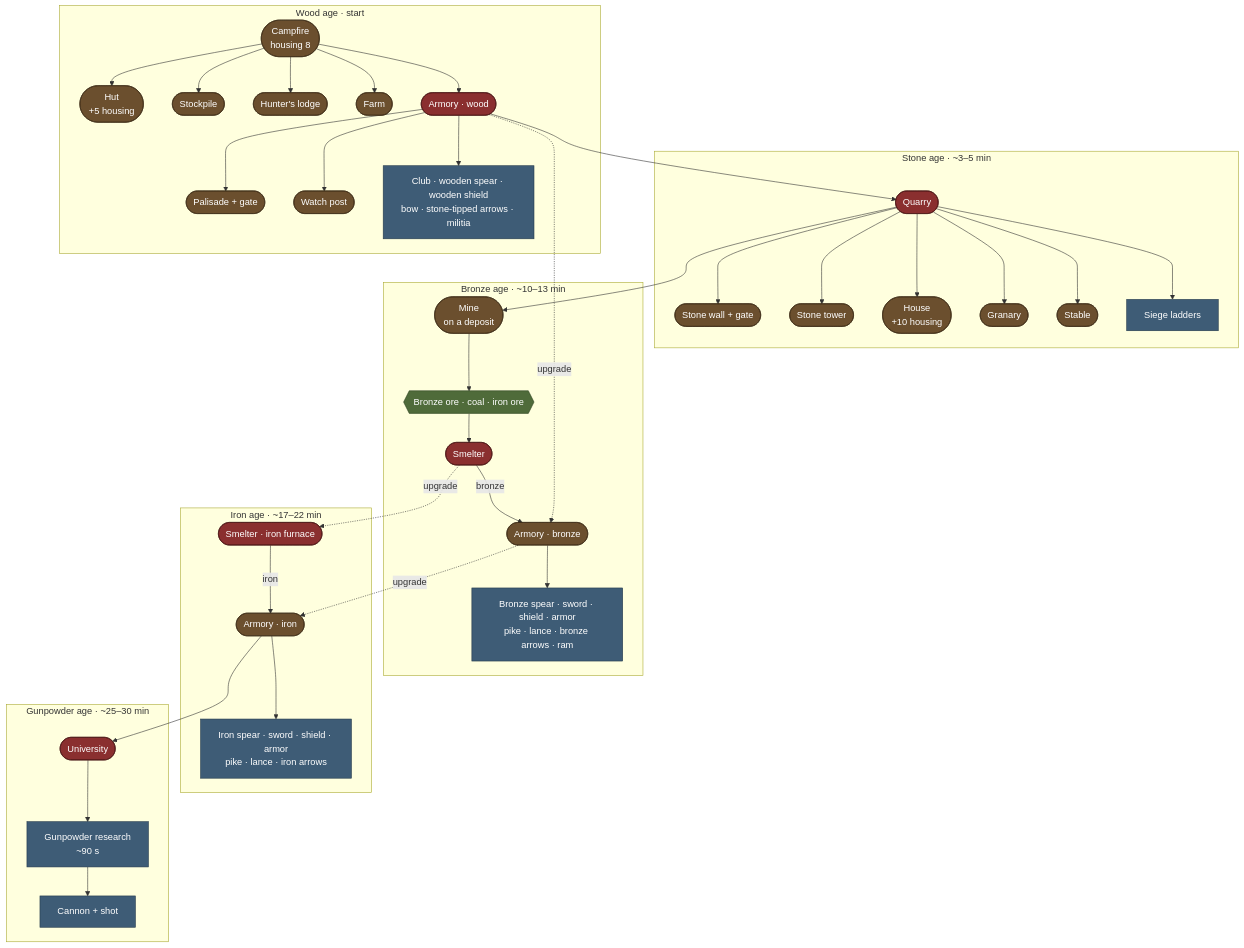
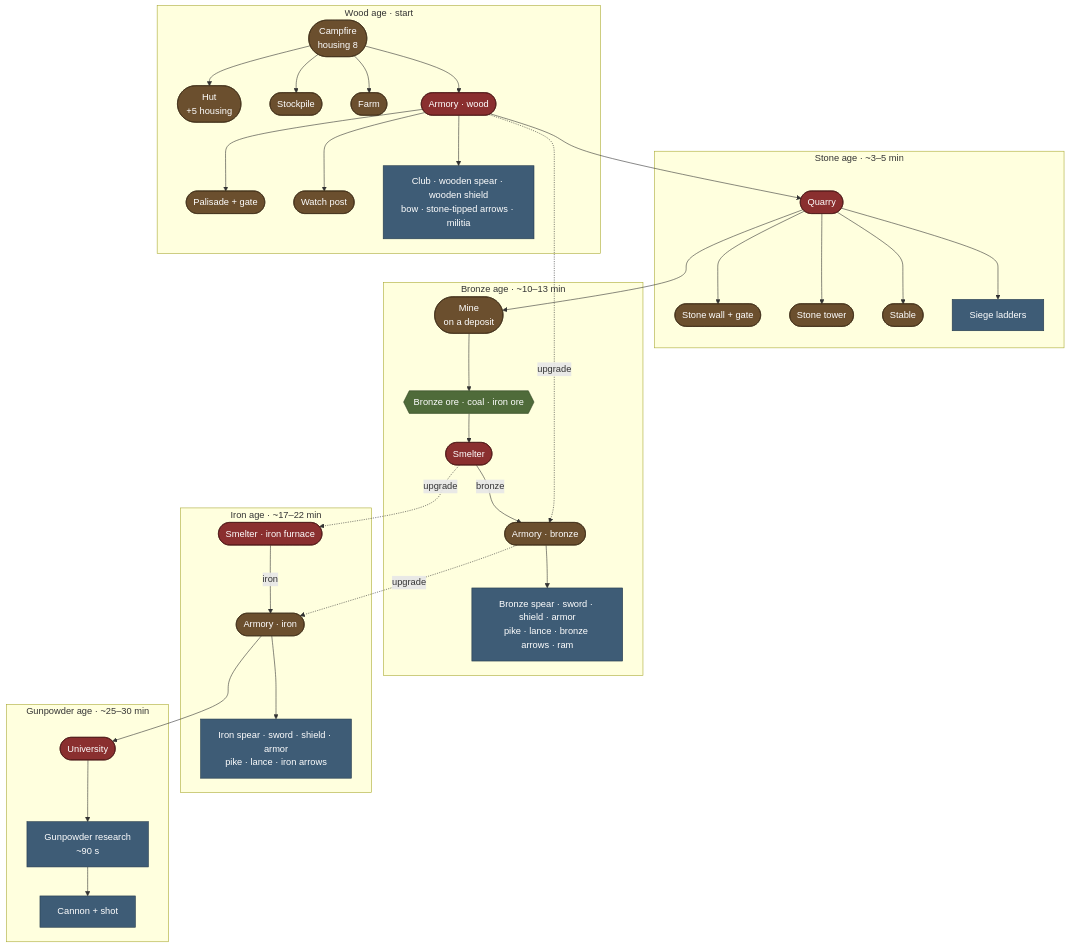
One commit to BenNorbom/MarchHold changed the first of 4 diagrams in TECH_TREE.md. Above: the diagram before and after it, drawn with Mermaid. The commit also changed 99 other files, not shown here.

````diff
--- a/TECH_TREE.md
+++ b/TECH_TREE.md
@@ -11,61 +11,58 @@
 ```mermaid
 flowchart TB
   classDef bld fill:#6b4f2e,stroke:#3d2c18,color:#fff
   classDef item fill:#3e5c76,stroke:#22384a,color:#fff
   classDef res fill:#4f6b3a,stroke:#2e4222,color:#fff
   classDef key fill:#8a2f2f,stroke:#4a1616,color:#fff
 
   subgraph WOOD["Wood age · start"]
     fire(["Campfire<br/>housing 8"]):::bld
     hut(["Hut<br/>+5 housing"]):::bld
     stock(["Stockpile"]):::bld
-    lodge(["Hunter's lodge"]):::bld
     farm(["Farm"]):::bld
     armory1(["Armory · wood"]):::key
     palisade(["Palisade + gate"]):::bld
     post(["Watch post"]):::bld
     w_items["Club · wooden spear · wooden shield<br/>bow · stone-tipped arrows · militia"]:::item
   end
 
   subgraph STONE["Stone age · ~3–5 min"]
     quarry(["Quarry"]):::key
     swall(["Stone wall + gate"]):::bld
     tower(["Stone tower"]):::bld
-    house(["House<br/>+10 housing"]):::bld
-    granary(["Granary"]):::bld
     stable(["Stable"]):::bld
     ladders["Siege ladders"]:::item
   end
 
   subgraph BRONZE["Bronze age · ~10–13 min"]
     mine(["Mine<br/>on a deposit"]):::bld
     ores{{"Bronze ore · coal · iron ore"}}:::res
     smelter1(["Smelter"]):::key
     armory2(["Armory · bronze"]):::bld
     b_items["Bronze spear · sword · shield · armor<br/>pike · lance · bronze arrows · ram"]:::item
   end
 
   subgraph IRON["Iron age · ~17–22 min"]
     smelter2(["Smelter · iron furnace"]):::key
     armory3(["Armory · iron"]):::bld
     i_items["Iron spear · sword · shield · armor<br/>pike · lance · iron arrows"]:::item
   end
 
   subgraph GUN["Gunpowder age · ~25–30 min"]
     univ(["University"]):::key
     research["Gunpowder research<br/>~90 s"]:::item
     cannon["Cannon + shot"]:::item
   end
 
-  fire --> hut & stock & lodge & farm & armory1
+  fire --> hut & stock & farm & armory1
   armory1 --> palisade & post & w_items
   armory1 --> quarry
-  quarry --> swall & tower & house & granary & stable & ladders
+  quarry --> swall & tower & stable & ladders
   quarry --> mine --> ores --> smelter1
   smelter1 -->|"bronze"| armory2 --> b_items
   armory1 -.->|upgrade| armory2
   smelter1 -.->|upgrade| smelter2
   smelter2 -->|"iron"| armory3 --> i_items
   armory2 -.->|upgrade| armory3
   armory3 --> univ --> research --> cannon
 ```
````
